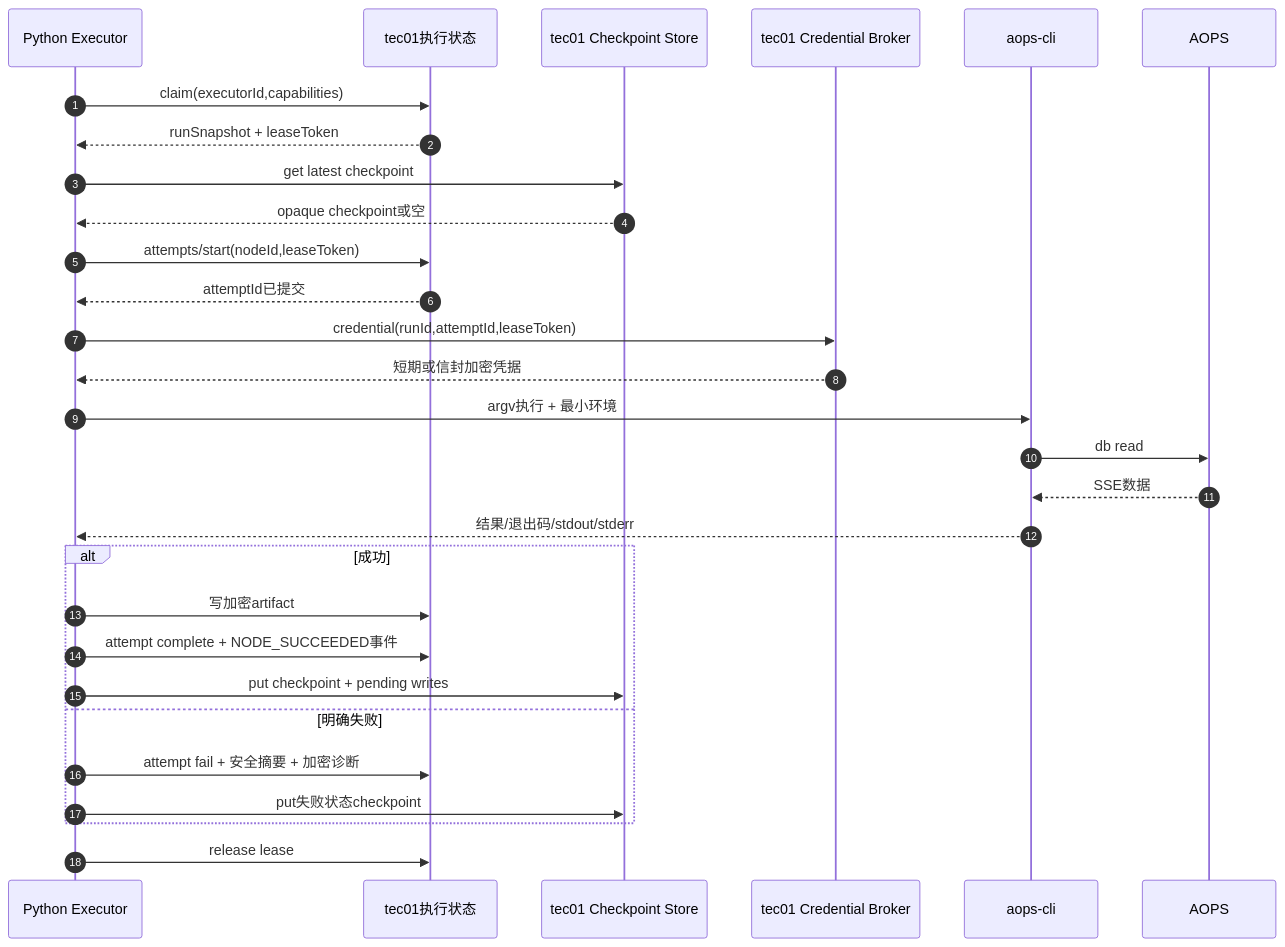
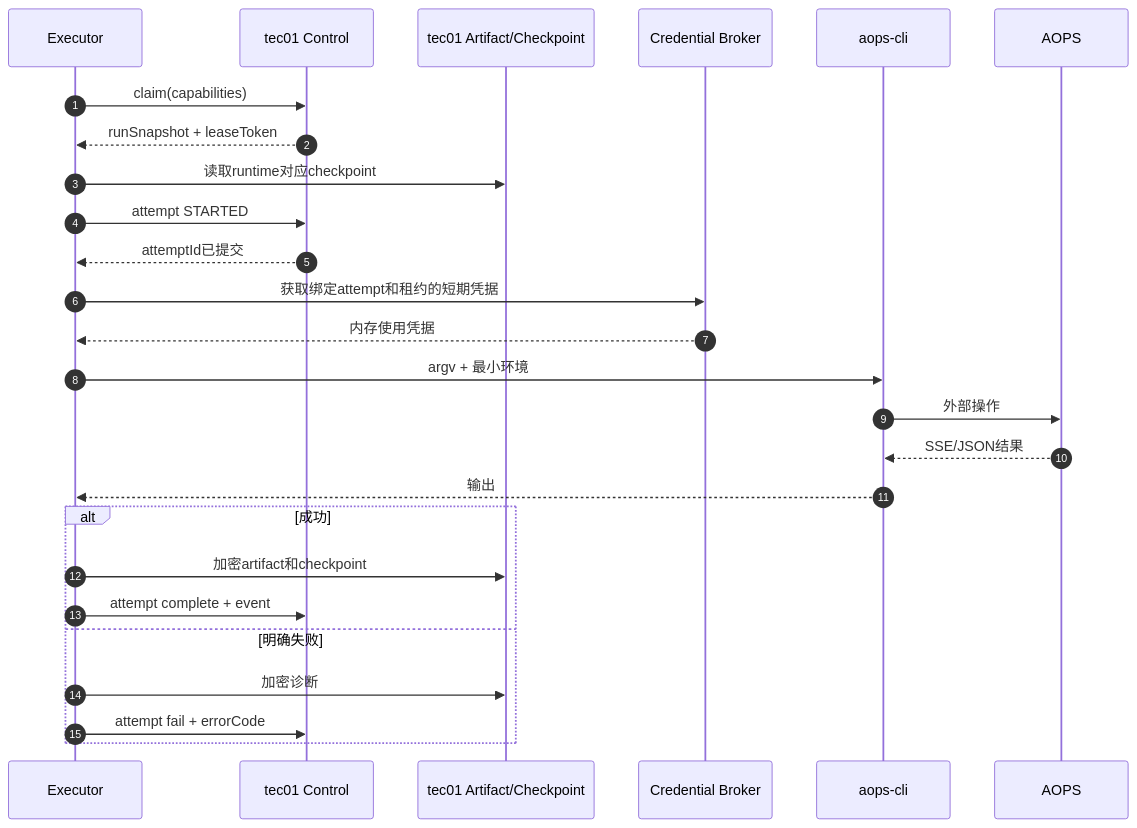
Before and after one commit to armin1024/itsm-workflow: the fourth of 7 diagrams in docs/tec01-control-plane-split.md, drawn with Mermaid. The commit also changed other lines of this file and 2 other files, not shown here.

Commit message:
docs: move MCP ownership to tec01 control plane

````diff
--- a/docs/tec01-control-plane-split.md
+++ b/docs/tec01-control-plane-split.md
@@ -239,32 +315,29 @@
 ```mermaid
 sequenceDiagram
     autonumber
-    participant E as Python Executor
-    participant C as tec01执行状态
-    participant CP as tec01 Checkpoint Store
-    participant CR as tec01 Credential Broker
+    participant E as Executor
+    participant C as tec01 Control
+    participant S as tec01 Artifact/Checkpoint
+    participant B as Credential Broker
     participant CLI as aops-cli
     participant A as AOPS
 
-    E->>C: claim(executorId,capabilities)
+    E->>C: claim(capabilities)
     C-->>E: runSnapshot + leaseToken
-    E->>CP: get latest checkpoint
-    CP-->>E: opaque checkpoint或空
-    E->>C: attempts/start(nodeId,leaseToken)
+    E->>S: 读取runtime对应checkpoint
+    E->>C: attempt STARTED
     C-->>E: attemptId已提交
-    E->>CR: credential(runId,attemptId,leaseToken)
-    CR-->>E: 短期或信封加密凭据
-    E->>CLI: argv执行 + 最小环境
-    CLI->>A: db read
-    A-->>CLI: SSE数据
-    CLI-->>E: 结果/退出码/stdout/stderr
+    E->>B: 获取绑定attempt和租约的短期凭据
+    B-->>E: 内存使用凭据
+    E->>CLI: argv + 最小环境
+    CLI->>A: 外部操作
+    A-->>CLI: SSE/JSON结果
+    CLI-->>E: 输出
     alt 成功
-        E->>C: 写加密artifact
-        E->>C: attempt complete + NODE_SUCCEEDED事件
-        E->>CP: put checkpoint + pending writes
+        E->>S: 加密artifact和checkpoint
+        E->>C: attempt complete + event
     else 明确失败
-        E->>C: attempt fail + 安全摘要 + 加密诊断
-        E->>CP: put失败状态checkpoint
+        E->>S: 加密诊断
+        E->>C: attempt fail + errorCode
     end
-    E->>C: release lease
 ```
````
